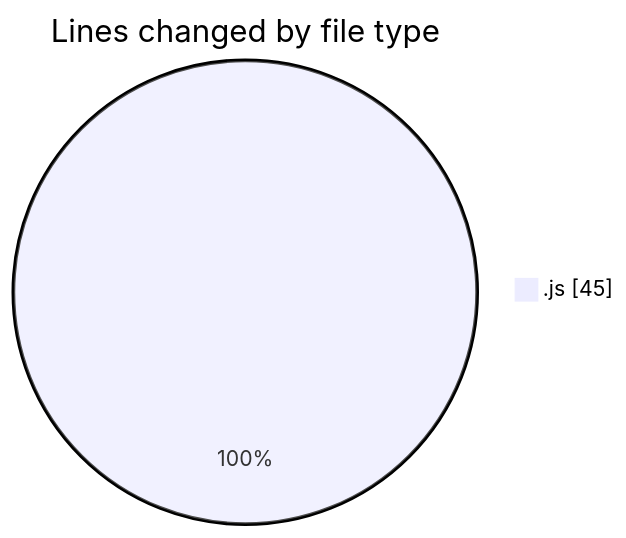
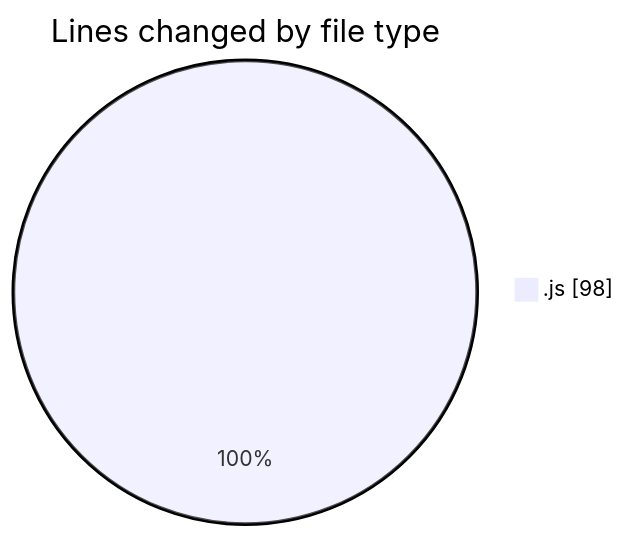
One commit to Ritupan-Deka/code-tracking changed the first of 2 diagrams in 2025-07-20/mern-workoutboard/README.md. Above: the diagram before and after it, drawn with Mermaid. The commit also changed other lines of this file and 1 other file, not shown here.

````diff
--- a/2025-07-20/mern-workoutboard/README.md
+++ b/2025-07-20/mern-workoutboard/README.md
@@ -21,5 +21,5 @@
 ```mermaid
 pie showData
 title Lines changed by file type
-".js" : 45
+".js" : 98
 ```
````
